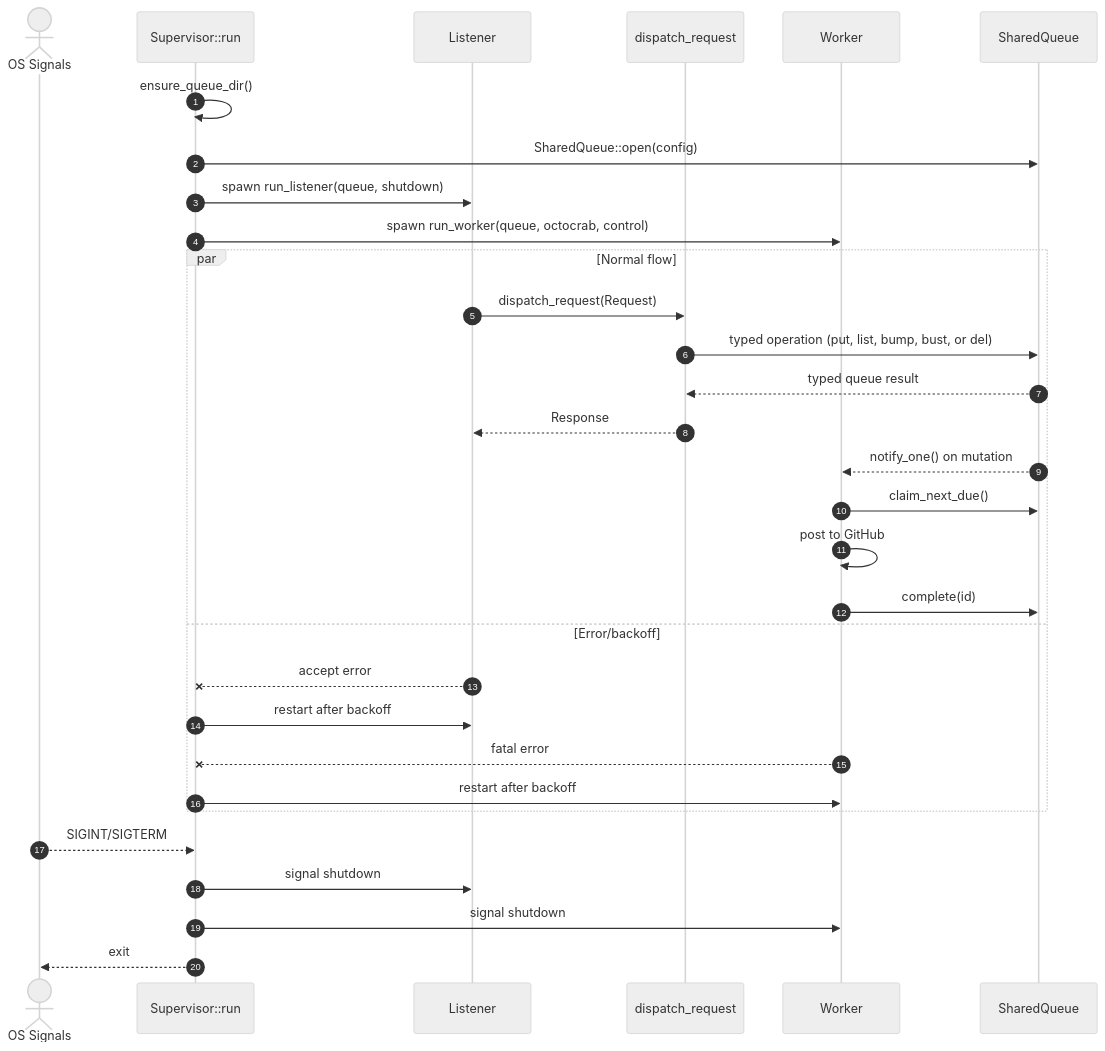
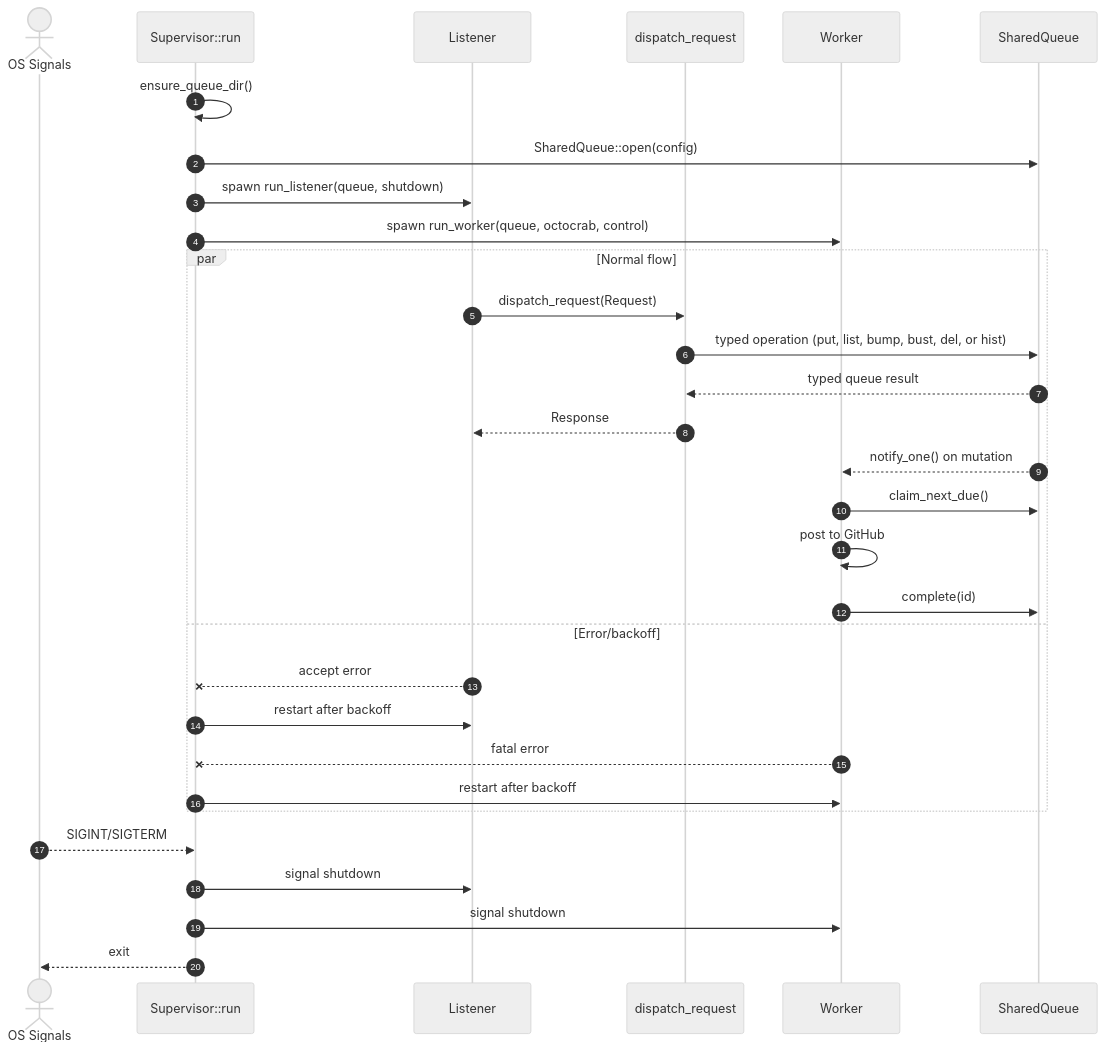
One commit to leynos/comenq changed the first of 3 diagrams in docs/comenq-design.md. Above: the diagram before and after it, drawn with Mermaid (neutral theme). The commit also changed other lines of this file and 34 other files, not shown here.

````diff
--- a/docs/comenq-design.md
+++ b/docs/comenq-design.md
@@ -450,36 +469,36 @@
 ```mermaid
 sequenceDiagram
   autonumber
   actor OS as OS Signals
   participant Sup as Supervisor::run
   participant L as Listener
   participant A as dispatch_request
   participant W as Worker
   participant Q as SharedQueue
 
   Sup->>Sup: ensure_queue_dir()
   Sup->>Q: SharedQueue::open(config)
   Sup->>L: spawn run_listener(queue, shutdown)
   Sup->>W: spawn run_worker(queue, octocrab, control)
 
   par Normal flow
     L->>A: dispatch_request(Request)
-    A->>Q: typed operation (put, list, bump, bust, or del)
+    A->>Q: typed operation (put, list, bump, bust, del, or hist)
     Q-->>A: typed queue result
     A-->>L: Response
     Q-->>W: notify_one() on mutation
     W->>Q: claim_next_due()
     W->>W: post to GitHub
     W->>Q: complete(id)
   and Error/backoff
     L--x Sup: accept error
     Sup->>L: restart after backoff
     W--x Sup: fatal error
     Sup->>W: restart after backoff
   end
 
   OS-->>Sup: SIGINT/SIGTERM
   Sup->>L: signal shutdown
   Sup->>W: signal shutdown
   Sup-->>OS: exit
 ```
````
